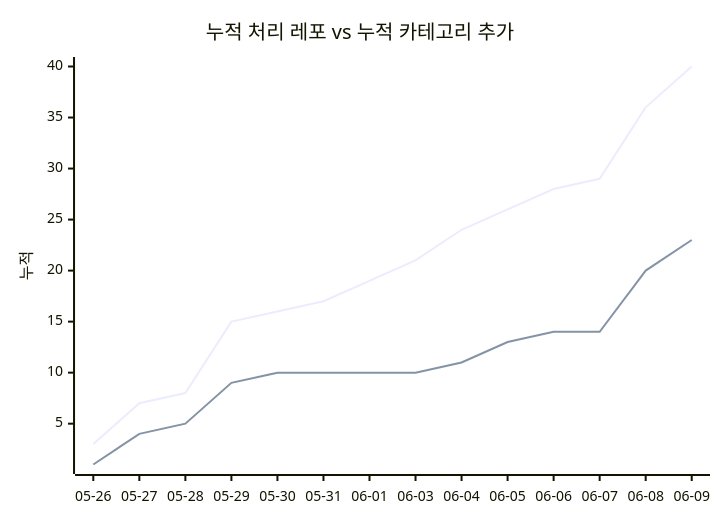
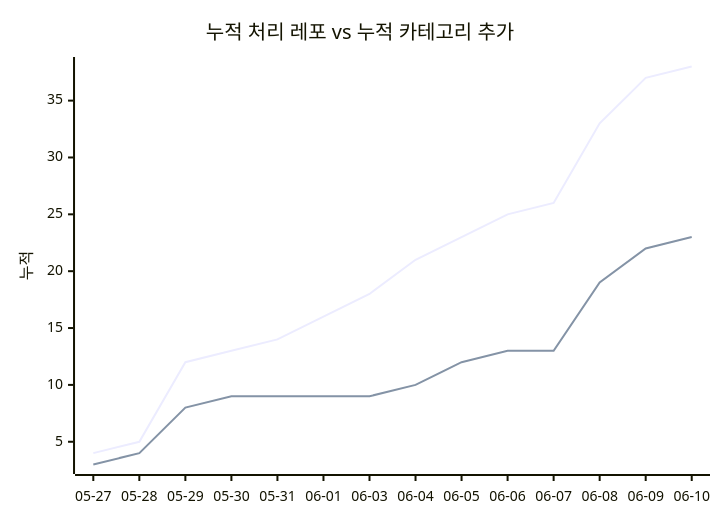
Before and after one commit to J-nowcow/awesome-korean-agent-skills: the second of 2 diagrams in docs/trends.md, drawn with Mermaid. The commit also changed other lines of this file and 4 other files, not shown here.

````diff
--- a/docs/trends.md
+++ b/docs/trends.md
@@ -68,8 +68,8 @@
 ```mermaid
 xychart-beta
     title "누적 처리 레포 vs 누적 카테고리 추가"
-    x-axis ["05-26","05-27","05-28","05-29","05-30","05-31","06-01","06-03","06-04","06-05","06-06","06-07","06-08","06-09"]
+    x-axis ["05-27","05-28","05-29","05-30","05-31","06-01","06-03","06-04","06-05","06-06","06-07","06-08","06-09","06-10"]
     y-axis "누적"
-    line [3,7,8,15,16,17,19,21,24,26,28,29,36,40]
-    line [1,4,5,9,10,10,10,10,11,13,14,14,20,23]
+    line [4,5,12,13,14,16,18,21,23,25,26,33,37,38]
+    line [3,4,8,9,9,9,9,10,12,13,13,19,22,23]
 ```
````
